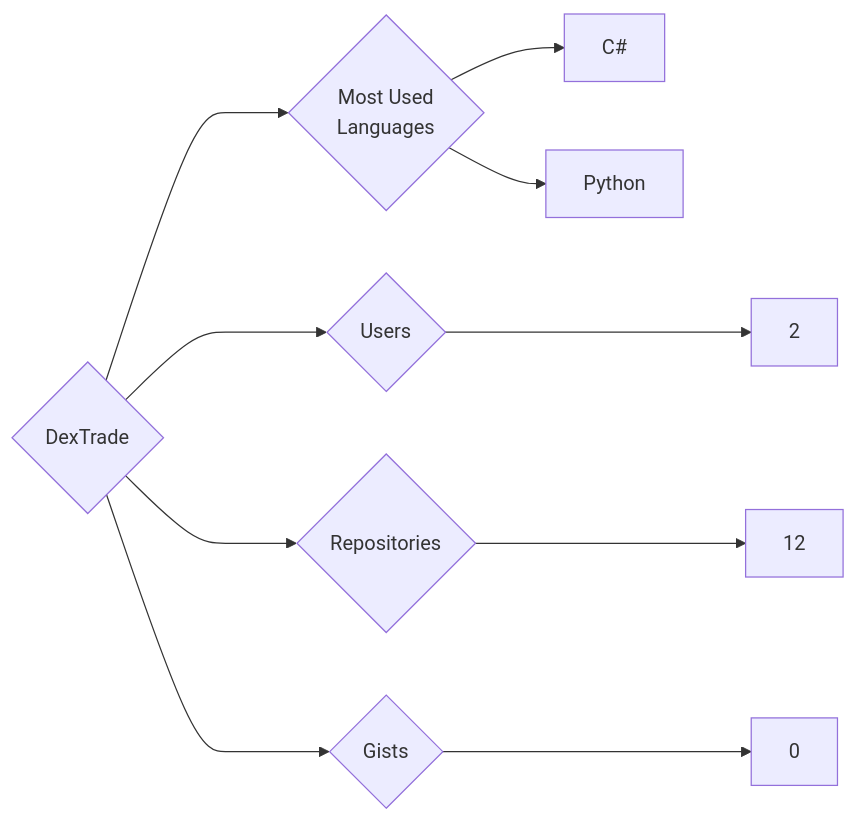
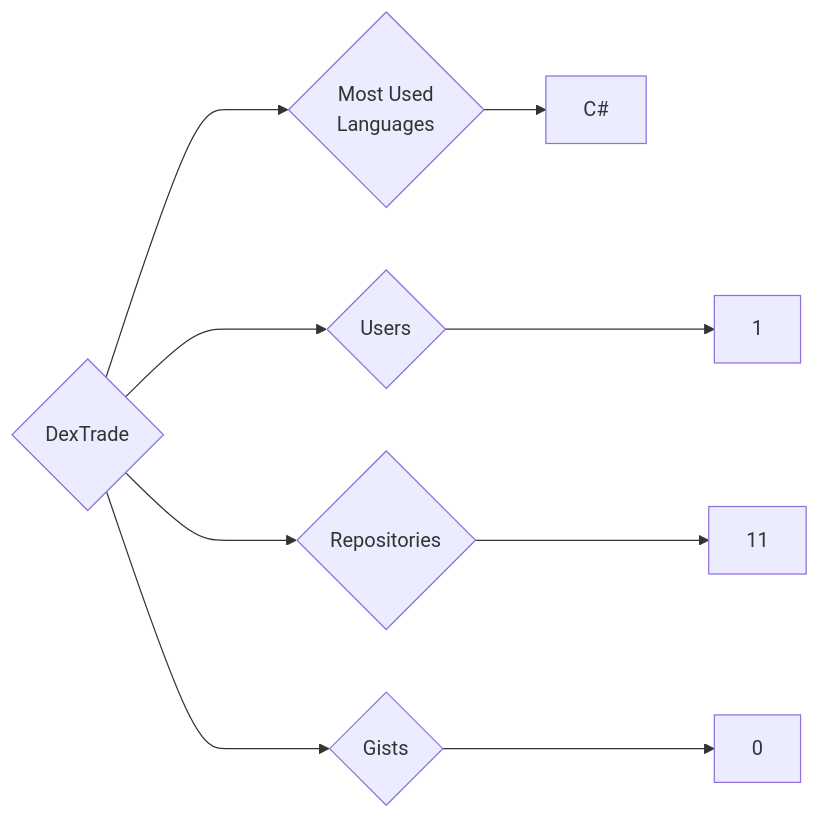
One commit to trickest/insiders changed the diagram in targets/DexTrade/README.md. Above: the diagram before and after it, drawn with Mermaid. The commit also changed 1078 other files, not shown here.

````diff
--- a/targets/DexTrade/README.md
+++ b/targets/DexTrade/README.md
@@ -3,10 +3,9 @@
 ```mermaid
 graph LR
 COMPANY_NAME{DexTrade}
-COMPANY_NAME ---> U{Users} ---> UN[2]
-COMPANY_NAME ---> R{Repositories} ---> RN[12]
+COMPANY_NAME ---> U{Users} ---> UN[1]
+COMPANY_NAME ---> R{Repositories} ---> RN[11]
 COMPANY_NAME ---> G{Gists} ---> GN[0]
 COMPANY_NAME ---> ML{Most Used<br>Languages}
 ML --> C#[C#]
-ML --> Python[Python]
 ```
````
